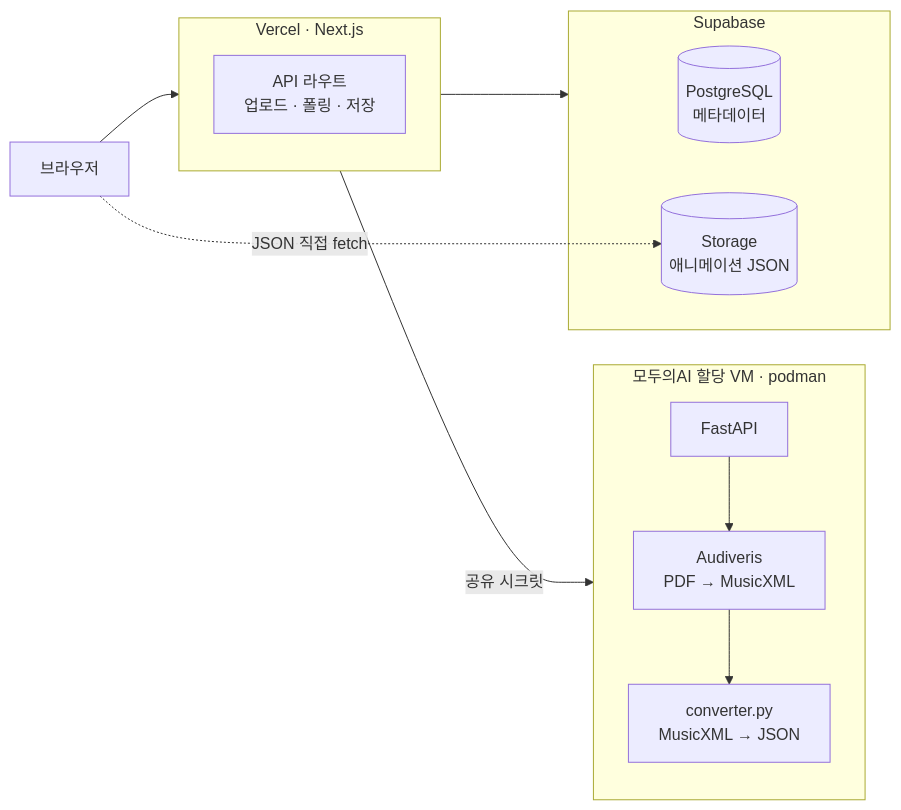
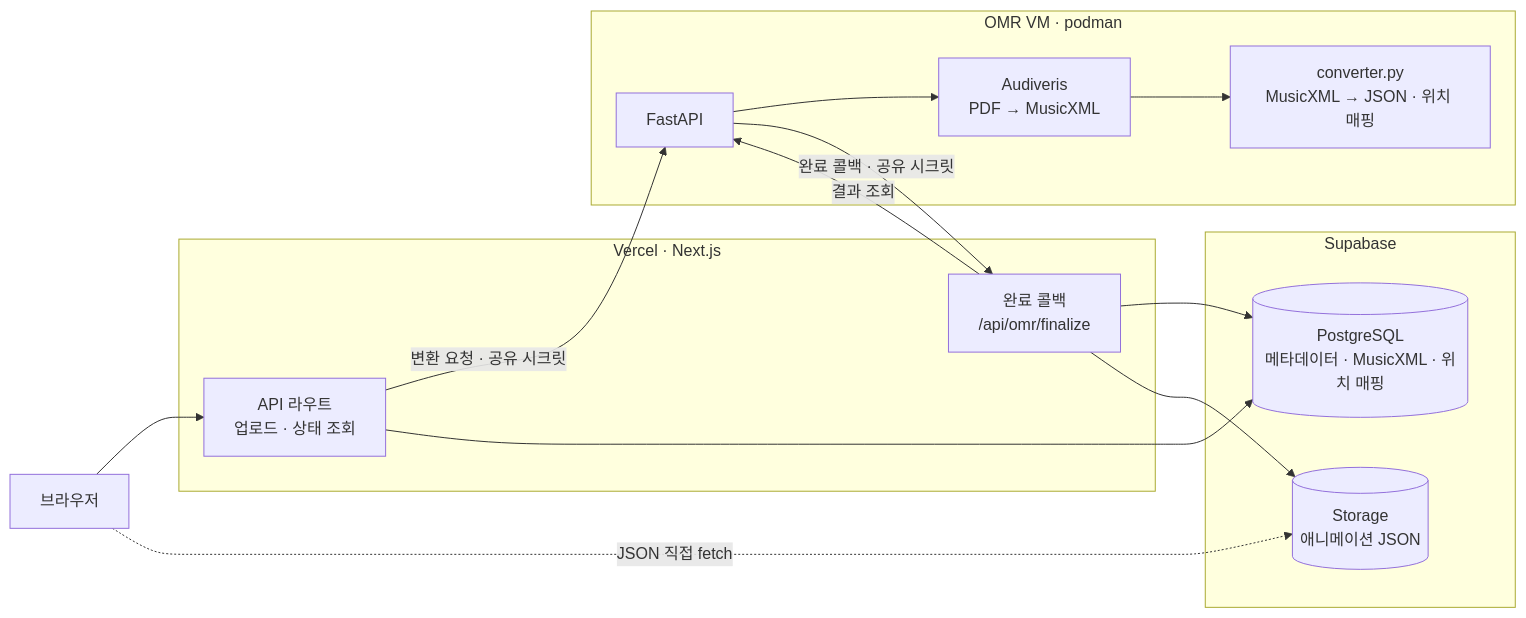
Before and after one commit to landfill/ClairKeys: the diagram in README.md, drawn with Mermaid. The commit also changed other lines of this file, not shown here.

````diff
--- a/README.md
+++ b/README.md
@@ -28,19 +37,24 @@
 ```mermaid
 flowchart LR
   U["브라우저"]
   subgraph V["Vercel · Next.js"]
-    R["API 라우트<br/>업로드 · 폴링 · 저장"]
+    R["API 라우트<br/>업로드 · 상태 조회"]
+    F["완료 콜백<br/>/api/omr/finalize"]
   end
-  subgraph M["모두의AI 할당 VM · podman"]
-    F["FastAPI"] --> A["Audiveris<br/>PDF → MusicXML"] --> C["converter.py<br/>MusicXML → JSON"]
+  subgraph M["OMR VM · podman"]
+    O["FastAPI"] --> A["Audiveris<br/>PDF → MusicXML"] --> C["converter.py<br/>MusicXML → JSON · 위치 매핑"]
   end
   subgraph S["Supabase"]
-    DB[("PostgreSQL<br/>메타데이터")]
+    DB[("PostgreSQL<br/>메타데이터 · MusicXML · 위치 매핑")]
     ST[("Storage<br/>애니메이션 JSON")]
   end
 
-  U --> V
-  V -->|"공유 시크릿"| M
-  V --> S
+  U --> R
+  R -->|"변환 요청 · 공유 시크릿"| O
+  O -->|"완료 콜백 · 공유 시크릿"| F
+  F -->|"결과 조회"| O
+  R --> DB
+  F --> DB
+  F --> ST
   U -.->|"JSON 직접 fetch"| ST
 ```
````
